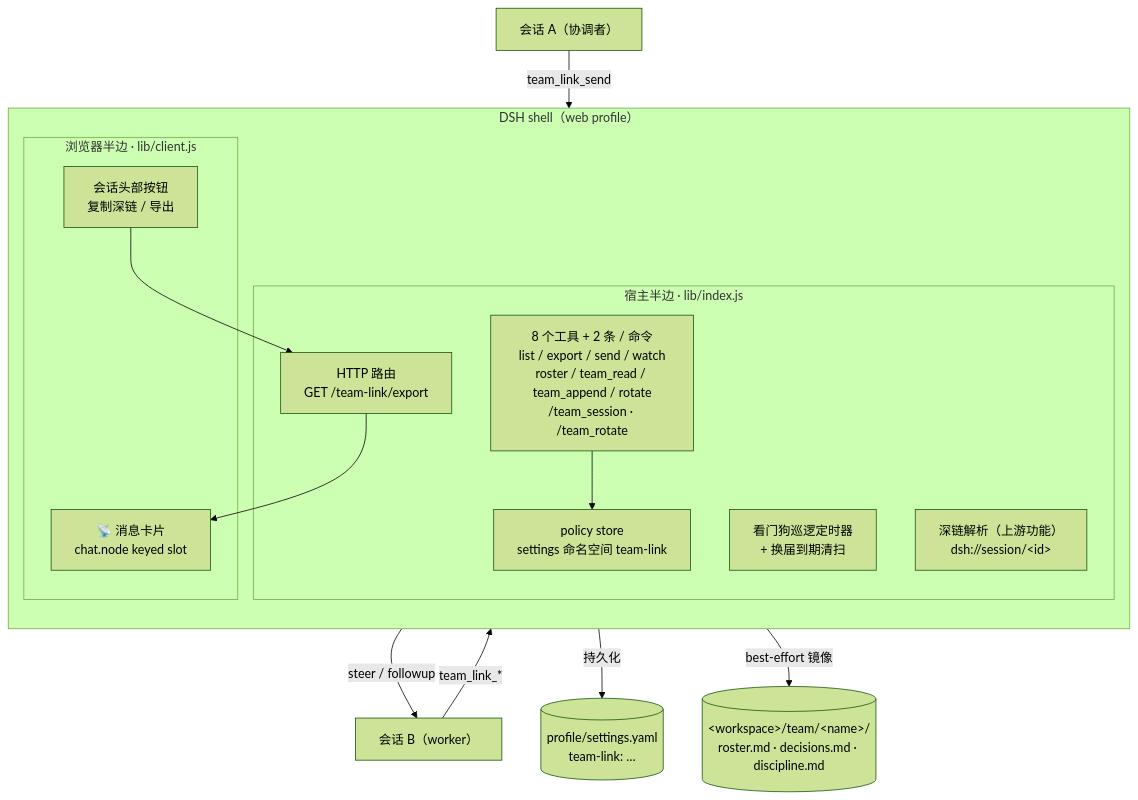
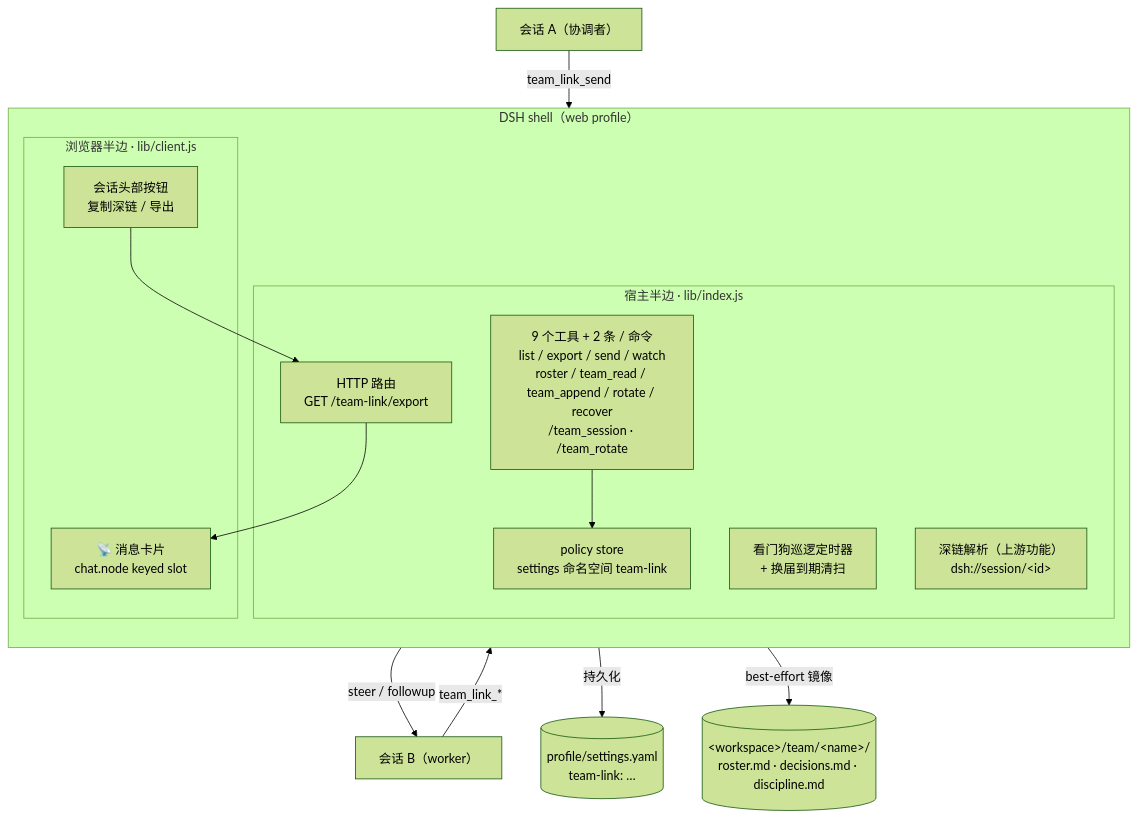
One commit to shenhuanageshei/dsh-team-link changed the first of 8 diagrams in README.md. Above: the diagram before and after it, drawn with Mermaid (forest theme). The commit also changed other lines of this file and 2 other files, not shown here.

Commit message:
feat(recover): 11.9 3b - team_link_recover (revive/reappoint, two closed verbs, attended-only) + live gate diagnostics + U25-U29; 783/138

````diff
--- a/README.md
+++ b/README.md
@@ -77,25 +78,25 @@
 ```mermaid
 flowchart TB
     subgraph Shell["DSH shell（web profile）"]
         direction TB
         subgraph Host["宿主半边 · lib/index.js"]
-            T["8 个工具 + 2 条 / 命令<br/>list / export / send / watch<br/>roster / team_read / team_append / rotate<br/>/team_session · /team_rotate"]
+            T["9 个工具 + 2 条 / 命令<br/>list / export / send / watch<br/>roster / team_read / team_append / rotate / recover<br/>/team_session · /team_rotate"]
             R["HTTP 路由<br/>GET /team-link/export"]
             W["看门狗巡逻定时器<br/>+ 换届到期清扫"]
             DL["深链解析（上游功能）<br/>dsh://session/&lt;id&gt;"]
             ST["policy store<br/>settings 命名空间 team-link"]
         end
         subgraph Client["浏览器半边 · lib/client.js"]
             CARD["📡 消息卡片<br/>chat.node keyed slot"]
             BTN["会话头部按钮<br/>复制深链 / 导出"]
         end
     end
     S1["会话 A（协调者）"] -->|team_link_send| T
     S2["会话 B（worker）"] -->|team_link_*| T
     T -->|steer / followup| S2
     T --> ST
     ST -->|持久化| YAML[("profile/settings.yaml<br/>team-link: …")]
     T -->|best-effort 镜像| BB[("&lt;workspace&gt;/team/&lt;name&gt;/<br/>roster.md · decisions.md · discipline.md")]
     R --> CARD
     BTN --> R
 ```
````
